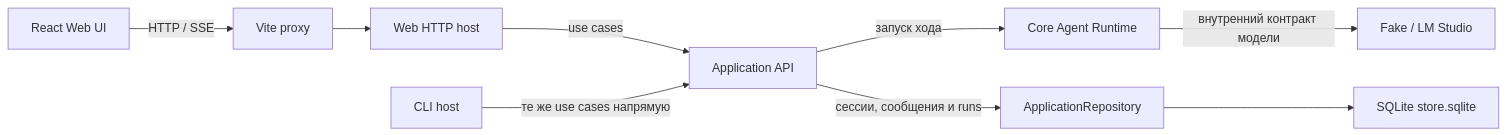
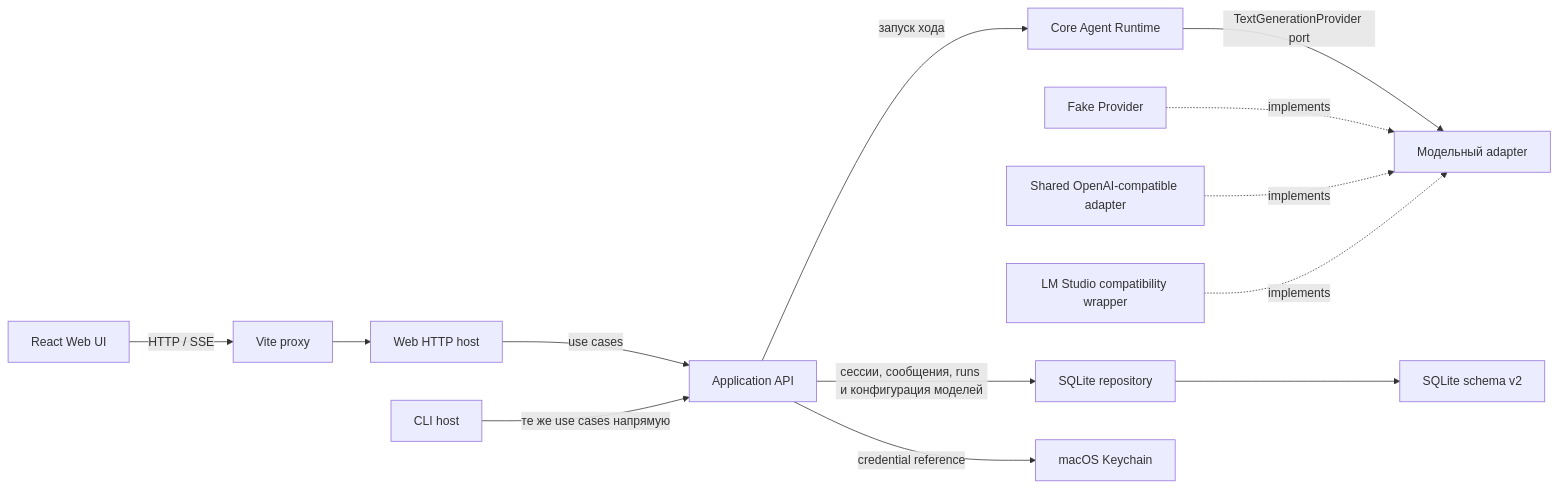
The third of 3 diagrams in docs/onboarding/README.md (davy1ex/smysAgent), drawn with Mermaid before and after one commit. The commit also changed other lines of this file, not shown here.

Commit message:
docs: update provider configuration onboarding

````diff
--- a/docs/onboarding/README.md
+++ b/docs/onboarding/README.md
@@ -129,11 +138,15 @@
 ```mermaid
 flowchart LR
   Browser["React Web UI"] -->|HTTP / SSE| Proxy["Vite proxy"]
   Proxy --> Host["Web HTTP host"]
   Host -->|use cases| App["Application API"]
   CLI["CLI host"] -->|те же use cases напрямую| App
   App -->|запуск хода| Core["Core Agent Runtime"]
-  App -->|сессии, сообщения и runs| Repo["ApplicationRepository"]
-  Core -->|внутренний контракт модели| Provider["Fake / LM Studio"]
-  Repo --> Storage["SQLite store.sqlite"]
+  App -->|сессии, сообщения, runs и конфигурация моделей| Repo["SQLite repository"]
+  Core -->|TextGenerationProvider port| Provider["Модельный adapter"]
+  Fake["Fake Provider"] -. "implements" .-> Provider
+  OpenAI["Shared OpenAI-compatible adapter"] -. "implements" .-> Provider
+  LMWrapper["LM Studio compatibility wrapper"] -. "implements" .-> Provider
+  App -->|credential reference| Vault["macOS Keychain"]
+  Repo --> Storage["SQLite schema v2"]
 ```
````
